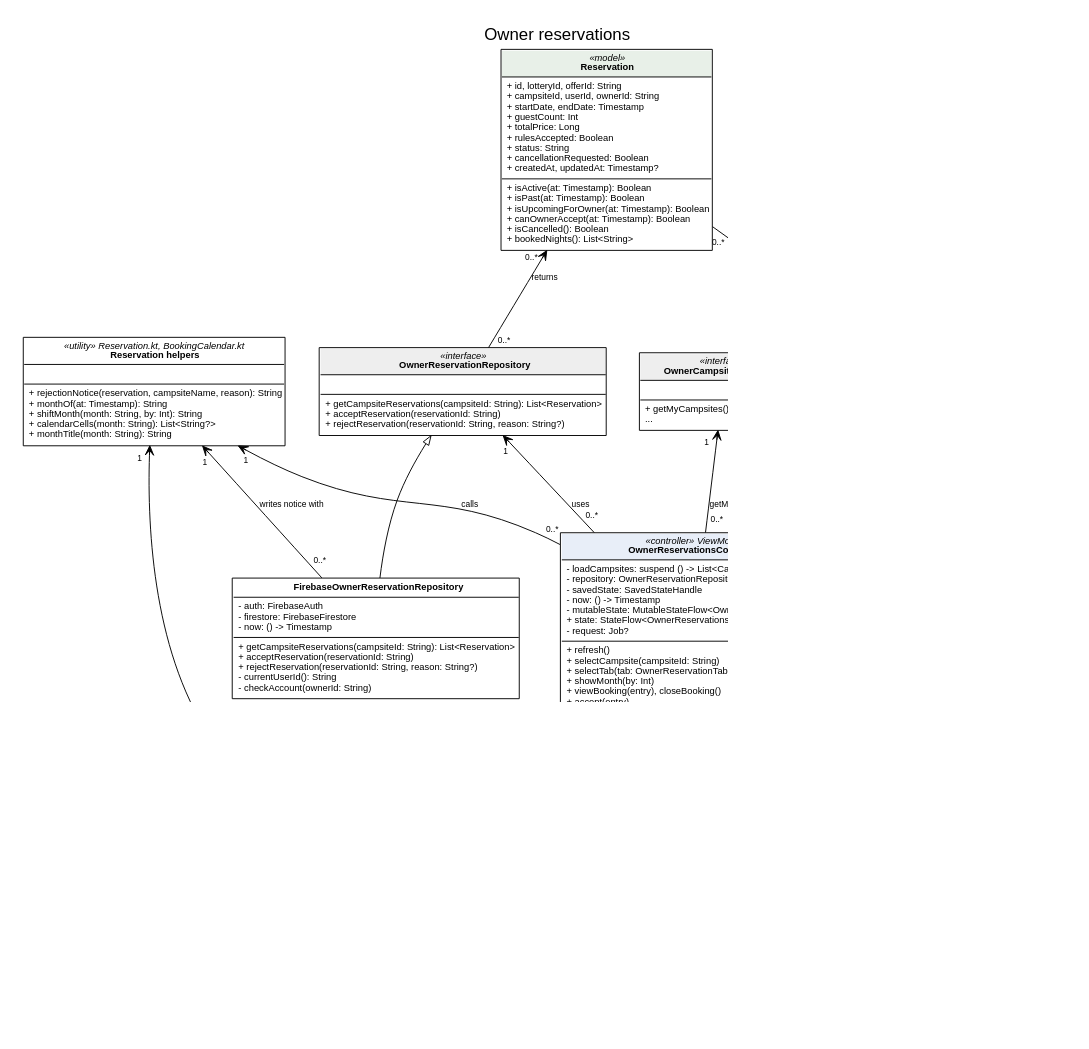
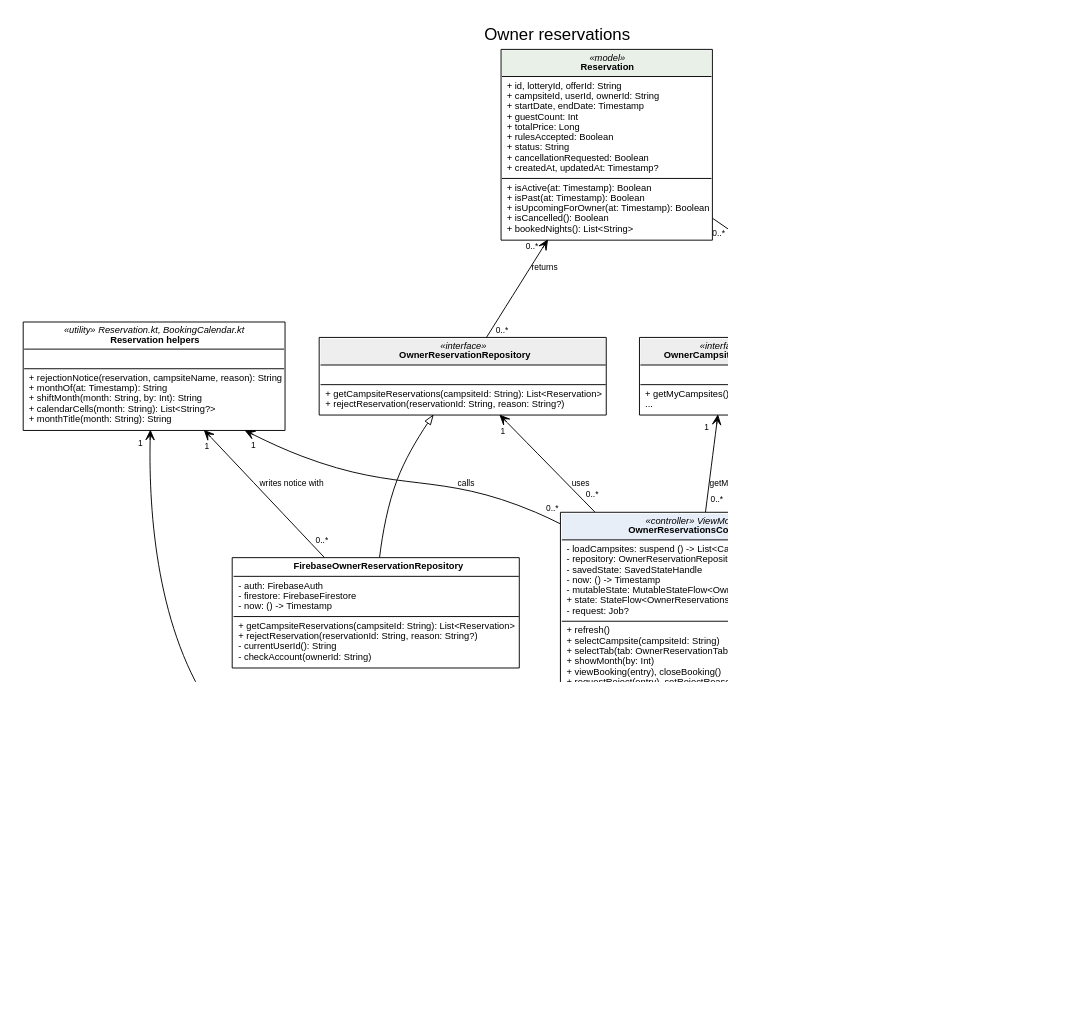
Before and after one commit to CMPUT301F26-legion/legion-events: the diagram in doc/uml/owner_reservations.dot, drawn with Graphviz. The commit also changed 34 other files, not shown here.

```diff
--- a/doc/uml/owner_reservations.dot
+++ b/doc/uml/owner_reservations.dot
@@ -1,38 +1,38 @@
 // UML class diagram: owner reservations (S17)
 // Render with: python3 render.py owner_reservations.dot owner_reservations.png  (needs Graphviz and Google Chrome)
 digraph G {
   graph [rankdir=BT fontname="Liberation Sans" nodesep=0.5 ranksep=0.7 dpi=110 pad=0.3
          label="Owner reservations" labelloc=t fontsize=18];
   node  [shape=plain fontname="Liberation Sans" fontsize=10];
   edge  [fontname="Liberation Sans" fontsize=9 labeldistance=1.8 labelangle=35];
   // Notation: extends (hollow triangle), one-way navigability (open arrow), association (plain line),
   // aggregation (hollow diamond on the owner), composition (filled diamond on the owner).
   // taillabel = source multiplicity, headlabel = target multiplicity. Extends has none.
 
-  Reservation [label=<<TABLE BORDER="1" CELLBORDER="0" CELLSPACING="0" CELLPADDING="4"><TR><TD BGCOLOR="#e8f0e8"><I>«model»</I><BR/><B>Reservation</B></TD></TR><TR><TD ALIGN="LEFT" BALIGN="LEFT" SIDES="T" BORDER="1">+ id, lotteryId, offerId: String<BR/>+ campsiteId, userId, ownerId: String<BR/>+ startDate, endDate: Timestamp<BR/>+ guestCount: Int<BR/>+ totalPrice: Long<BR/>+ rulesAccepted: Boolean<BR/>+ status: String<BR/>+ cancellationRequested: Boolean<BR/>+ createdAt, updatedAt: Timestamp?</TD></TR><TR><TD ALIGN="LEFT" BALIGN="LEFT" SIDES="T" BORDER="1">+ isActive(at: Timestamp): Boolean<BR/>+ isPast(at: Timestamp): Boolean<BR/>+ isUpcomingForOwner(at: Timestamp): Boolean<BR/>+ canOwnerAccept(at: Timestamp): Boolean<BR/>+ isCancelled(): Boolean<BR/>+ bookedNights(): List&lt;String&gt;</TD></TR></TABLE>>];
+  Reservation [label=<<TABLE BORDER="1" CELLBORDER="0" CELLSPACING="0" CELLPADDING="4"><TR><TD BGCOLOR="#e8f0e8"><I>«model»</I><BR/><B>Reservation</B></TD></TR><TR><TD ALIGN="LEFT" BALIGN="LEFT" SIDES="T" BORDER="1">+ id, lotteryId, offerId: String<BR/>+ campsiteId, userId, ownerId: String<BR/>+ startDate, endDate: Timestamp<BR/>+ guestCount: Int<BR/>+ totalPrice: Long<BR/>+ rulesAccepted: Boolean<BR/>+ status: String<BR/>+ cancellationRequested: Boolean<BR/>+ createdAt, updatedAt: Timestamp?</TD></TR><TR><TD ALIGN="LEFT" BALIGN="LEFT" SIDES="T" BORDER="1">+ isActive(at: Timestamp): Boolean<BR/>+ isPast(at: Timestamp): Boolean<BR/>+ isUpcomingForOwner(at: Timestamp): Boolean<BR/>+ isCancelled(): Boolean<BR/>+ bookedNights(): List&lt;String&gt;</TD></TR></TABLE>>];
   ReservationText [label=<<TABLE BORDER="1" CELLBORDER="0" CELLSPACING="0" CELLPADDING="4"><TR><TD><I>«utility» Reservation.kt, BookingCalendar.kt</I><BR/><B>Reservation helpers</B></TD></TR><TR><TD ALIGN="LEFT" BALIGN="LEFT" SIDES="T" BORDER="1"> </TD></TR><TR><TD ALIGN="LEFT" BALIGN="LEFT" SIDES="T" BORDER="1">+ rejectionNotice(reservation, campsiteName, reason): String<BR/>+ monthOf(at: Timestamp): String<BR/>+ shiftMonth(month: String, by: Int): String<BR/>+ calendarCells(month: String): List&lt;String?&gt;<BR/>+ monthTitle(month: String): String</TD></TR></TABLE>>];
-  OwnerReservationRepository [label=<<TABLE BORDER="1" CELLBORDER="0" CELLSPACING="0" CELLPADDING="4"><TR><TD BGCOLOR="#eeeeee"><I>«interface»</I><BR/><B>OwnerReservationRepository</B></TD></TR><TR><TD ALIGN="LEFT" BALIGN="LEFT" SIDES="T" BORDER="1"> </TD></TR><TR><TD ALIGN="LEFT" BALIGN="LEFT" SIDES="T" BORDER="1">+ getCampsiteReservations(campsiteId: String): List&lt;Reservation&gt;<BR/>+ acceptReservation(reservationId: String)<BR/>+ rejectReservation(reservationId: String, reason: String?)</TD></TR></TABLE>>];
-  FirebaseOwnerReservationRepository [label=<<TABLE BORDER="1" CELLBORDER="0" CELLSPACING="0" CELLPADDING="4"><TR><TD><B>FirebaseOwnerReservationRepository</B></TD></TR><TR><TD ALIGN="LEFT" BALIGN="LEFT" SIDES="T" BORDER="1">- auth: FirebaseAuth<BR/>- firestore: FirebaseFirestore<BR/>- now: () -&gt; Timestamp</TD></TR><TR><TD ALIGN="LEFT" BALIGN="LEFT" SIDES="T" BORDER="1">+ getCampsiteReservations(campsiteId: String): List&lt;Reservation&gt;<BR/>+ acceptReservation(reservationId: String)<BR/>+ rejectReservation(reservationId: String, reason: String?)<BR/>- currentUserId(): String<BR/>- checkAccount(ownerId: String)</TD></TR></TABLE>>];
+  OwnerReservationRepository [label=<<TABLE BORDER="1" CELLBORDER="0" CELLSPACING="0" CELLPADDING="4"><TR><TD BGCOLOR="#eeeeee"><I>«interface»</I><BR/><B>OwnerReservationRepository</B></TD></TR><TR><TD ALIGN="LEFT" BALIGN="LEFT" SIDES="T" BORDER="1"> </TD></TR><TR><TD ALIGN="LEFT" BALIGN="LEFT" SIDES="T" BORDER="1">+ getCampsiteReservations(campsiteId: String): List&lt;Reservation&gt;<BR/>+ rejectReservation(reservationId: String, reason: String?)</TD></TR></TABLE>>];
+  FirebaseOwnerReservationRepository [label=<<TABLE BORDER="1" CELLBORDER="0" CELLSPACING="0" CELLPADDING="4"><TR><TD><B>FirebaseOwnerReservationRepository</B></TD></TR><TR><TD ALIGN="LEFT" BALIGN="LEFT" SIDES="T" BORDER="1">- auth: FirebaseAuth<BR/>- firestore: FirebaseFirestore<BR/>- now: () -&gt; Timestamp</TD></TR><TR><TD ALIGN="LEFT" BALIGN="LEFT" SIDES="T" BORDER="1">+ getCampsiteReservations(campsiteId: String): List&lt;Reservation&gt;<BR/>+ rejectReservation(reservationId: String, reason: String?)<BR/>- currentUserId(): String<BR/>- checkAccount(ownerId: String)</TD></TR></TABLE>>];
   OwnerCampsiteRepository [label=<<TABLE BORDER="1" CELLBORDER="0" CELLSPACING="0" CELLPADDING="4"><TR><TD BGCOLOR="#eeeeee"><I>«interface»</I><BR/><B>OwnerCampsiteRepository</B></TD></TR><TR><TD ALIGN="LEFT" BALIGN="LEFT" SIDES="T" BORDER="1"> </TD></TR><TR><TD ALIGN="LEFT" BALIGN="LEFT" SIDES="T" BORDER="1">+ getMyCampsites(): List&lt;Campsite&gt;<BR/>...</TD></TR></TABLE>>];
   OwnerReservationTab [label=<<TABLE BORDER="1" CELLBORDER="0" CELLSPACING="0" CELLPADDING="4"><TR><TD><I>«enumeration»</I><BR/><B>OwnerReservationTab</B></TD></TR><TR><TD ALIGN="LEFT" BALIGN="LEFT" SIDES="T" BORDER="1">+ ACTIVE: OwnerReservationTab<BR/>+ PAST: OwnerReservationTab<BR/>+ CANCELLED: OwnerReservationTab</TD></TR><TR><TD ALIGN="LEFT" BALIGN="LEFT" SIDES="T" BORDER="1"> </TD></TR></TABLE>>];
   RejectionDraft [label=<<TABLE BORDER="1" CELLBORDER="0" CELLSPACING="0" CELLPADDING="4"><TR><TD><I>«data»</I><BR/><B>RejectionDraft</B></TD></TR><TR><TD ALIGN="LEFT" BALIGN="LEFT" SIDES="T" BORDER="1">+ reservation: Reservation<BR/>+ reason: String<BR/>+ inProgress: Boolean<BR/>+ error: String?</TD></TR><TR><TD ALIGN="LEFT" BALIGN="LEFT" SIDES="T" BORDER="1"> </TD></TR></TABLE>>];
-  OwnerReservationsState [label=<<TABLE BORDER="1" CELLBORDER="0" CELLSPACING="0" CELLPADDING="4"><TR><TD><I>«data»</I><BR/><B>OwnerReservationsState</B></TD></TR><TR><TD ALIGN="LEFT" BALIGN="LEFT" SIDES="T" BORDER="1">+ loading: Boolean, error: String?<BR/>+ campsites: List&lt;Campsite&gt;<BR/>+ selectedCampsiteId: String?<BR/>+ active, past, cancelled: List&lt;Reservation&gt;<BR/>+ bookedNights, requestedNights: Set&lt;String&gt;<BR/>+ month: String<BR/>+ selectedTab: OwnerReservationTab<BR/>+ viewing: Reservation?<BR/>+ rejecting: RejectionDraft?<BR/>+ accepting, actionError: String?<BR/>+ result: String?</TD></TR><TR><TD ALIGN="LEFT" BALIGN="LEFT" SIDES="T" BORDER="1">+ visibleEntries(): List&lt;Reservation&gt;</TD></TR></TABLE>>];
-  OwnerReservationsController [label=<<TABLE BORDER="1" CELLBORDER="0" CELLSPACING="0" CELLPADDING="4"><TR><TD BGCOLOR="#e8eef8"><I>«controller» ViewModel</I><BR/><B>OwnerReservationsController</B></TD></TR><TR><TD ALIGN="LEFT" BALIGN="LEFT" SIDES="T" BORDER="1">- loadCampsites: suspend () -&gt; List&lt;Campsite&gt;<BR/>- repository: OwnerReservationRepository<BR/>- savedState: SavedStateHandle<BR/>- now: () -&gt; Timestamp<BR/>- mutableState: MutableStateFlow&lt;OwnerReservationsState&gt;<BR/>+ state: StateFlow&lt;OwnerReservationsState&gt;<BR/>- request: Job?</TD></TR><TR><TD ALIGN="LEFT" BALIGN="LEFT" SIDES="T" BORDER="1">+ refresh()<BR/>+ selectCampsite(campsiteId: String)<BR/>+ selectTab(tab: OwnerReservationTab)<BR/>+ showMonth(by: Int)<BR/>+ viewBooking(entry), closeBooking()<BR/>+ accept(entry)<BR/>+ requestReject(entry), setRejectReason(reason: String)<BR/>+ confirmReject(), cancelReject()<BR/>- load(block), choose(campsiteId), loadBookings(campsiteId)</TD></TR></TABLE>>];
+  OwnerReservationsState [label=<<TABLE BORDER="1" CELLBORDER="0" CELLSPACING="0" CELLPADDING="4"><TR><TD><I>«data»</I><BR/><B>OwnerReservationsState</B></TD></TR><TR><TD ALIGN="LEFT" BALIGN="LEFT" SIDES="T" BORDER="1">+ loading: Boolean, error: String?<BR/>+ campsites: List&lt;Campsite&gt;<BR/>+ selectedCampsiteId: String?<BR/>+ active, past, cancelled: List&lt;Reservation&gt;<BR/>+ bookedNights, requestedNights: Set&lt;String&gt;<BR/>+ month: String<BR/>+ selectedTab: OwnerReservationTab<BR/>+ viewing: Reservation?<BR/>+ rejecting: RejectionDraft?<BR/>+ result: String?</TD></TR><TR><TD ALIGN="LEFT" BALIGN="LEFT" SIDES="T" BORDER="1">+ visibleEntries(): List&lt;Reservation&gt;</TD></TR></TABLE>>];
+  OwnerReservationsController [label=<<TABLE BORDER="1" CELLBORDER="0" CELLSPACING="0" CELLPADDING="4"><TR><TD BGCOLOR="#e8eef8"><I>«controller» ViewModel</I><BR/><B>OwnerReservationsController</B></TD></TR><TR><TD ALIGN="LEFT" BALIGN="LEFT" SIDES="T" BORDER="1">- loadCampsites: suspend () -&gt; List&lt;Campsite&gt;<BR/>- repository: OwnerReservationRepository<BR/>- savedState: SavedStateHandle<BR/>- now: () -&gt; Timestamp<BR/>- mutableState: MutableStateFlow&lt;OwnerReservationsState&gt;<BR/>+ state: StateFlow&lt;OwnerReservationsState&gt;<BR/>- request: Job?</TD></TR><TR><TD ALIGN="LEFT" BALIGN="LEFT" SIDES="T" BORDER="1">+ refresh()<BR/>+ selectCampsite(campsiteId: String)<BR/>+ selectTab(tab: OwnerReservationTab)<BR/>+ showMonth(by: Int)<BR/>+ viewBooking(entry), closeBooking()<BR/>+ requestReject(entry), setRejectReason(reason: String)<BR/>+ confirmReject(), cancelReject()<BR/>- load(block), choose(campsiteId), loadBookings(campsiteId)</TD></TR></TABLE>>];
   OwnerReservationsActions [label=<<TABLE BORDER="1" CELLBORDER="0" CELLSPACING="0" CELLPADDING="4"><TR><TD><I>«data»</I><BR/><B>OwnerReservationsActions</B></TD></TR><TR><TD ALIGN="LEFT" BALIGN="LEFT" SIDES="T" BORDER="1">+ onRefresh, onCloseView, onConfirmReject, onCancelReject: () -&gt; Unit<BR/>+ onSelectCampsite, onReason: (String) -&gt; Unit<BR/>+ onTab: (OwnerReservationTab) -&gt; Unit<BR/>+ onMonth: (Int) -&gt; Unit<BR/>+ onView, onReject: (Reservation) -&gt; Unit</TD></TR><TR><TD ALIGN="LEFT" BALIGN="LEFT" SIDES="T" BORDER="1"> </TD></TR></TABLE>>];
   Views [label=<<TABLE BORDER="1" CELLBORDER="0" CELLSPACING="0" CELLPADDING="4"><TR><TD BGCOLOR="#f8f0e0"><I>«view» composables</I><BR/><B>OwnerReservationsScreen</B></TD></TR><TR><TD ALIGN="LEFT" BALIGN="LEFT" SIDES="T" BORDER="1"> </TD></TR><TR><TD ALIGN="LEFT" BALIGN="LEFT" SIDES="T" BORDER="1">+ OwnerReservationsScreen(state, actions)<BR/>- CampsiteMenu, BookingCalendar, DayCell, BookingTabs<BR/>- BookingCard, StatusBadge, BookingDialog, RejectDialog</TD></TR></TABLE>>];
 
   FirebaseOwnerReservationRepository -> OwnerReservationRepository [arrowhead=onormal];
   OwnerReservationRepository -> Reservation [arrowhead=vee label="returns" taillabel="0..*" headlabel="0..*"];
   FirebaseOwnerReservationRepository -> ReservationText [arrowhead=vee label="writes notice with" taillabel="0..*" headlabel="1"];
   OwnerReservationsController -> OwnerReservationRepository [arrowhead=vee label="uses" taillabel="0..*" headlabel="1"];
   OwnerReservationsController -> OwnerCampsiteRepository [arrowhead=vee label="getMyCampsites" taillabel="0..*" headlabel="1"];
   OwnerReservationsController -> OwnerReservationsState [dir=back arrowtail=diamond label="exposes" taillabel="1" headlabel="1"];
   OwnerReservationsController -> ReservationText [arrowhead=vee label="calls" taillabel="0..*" headlabel="1"];
   OwnerReservationsState -> Reservation [dir=back arrowtail=odiamond label="lists" taillabel="1" headlabel="0..*"];
   OwnerReservationsState -> RejectionDraft [dir=back arrowtail=diamond label="rejecting" taillabel="1" headlabel="0..1"];
   OwnerReservationsState -> OwnerReservationTab [arrowhead=vee label="selectedTab" taillabel="0..*" headlabel="1"];
   Views -> OwnerReservationsState [arrowhead=vee label="renders" taillabel="0..*" headlabel="1"];
   Views -> OwnerReservationsActions [arrowhead=vee label="calls" taillabel="0..*" headlabel="1"];
   Views -> ReservationText [arrowhead=vee label="calls" taillabel="0..*" headlabel="1"];
   OwnerReservationsActions -> OwnerReservationsController [arrowhead=vee label="forwards to" taillabel="0..*" headlabel="1"];
 }
```
